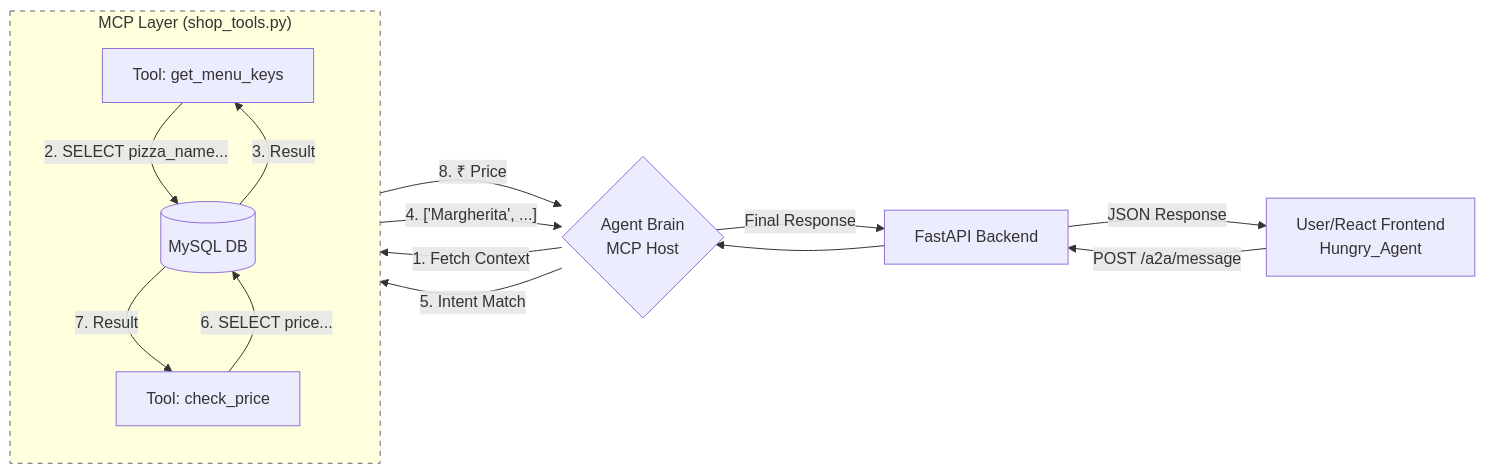
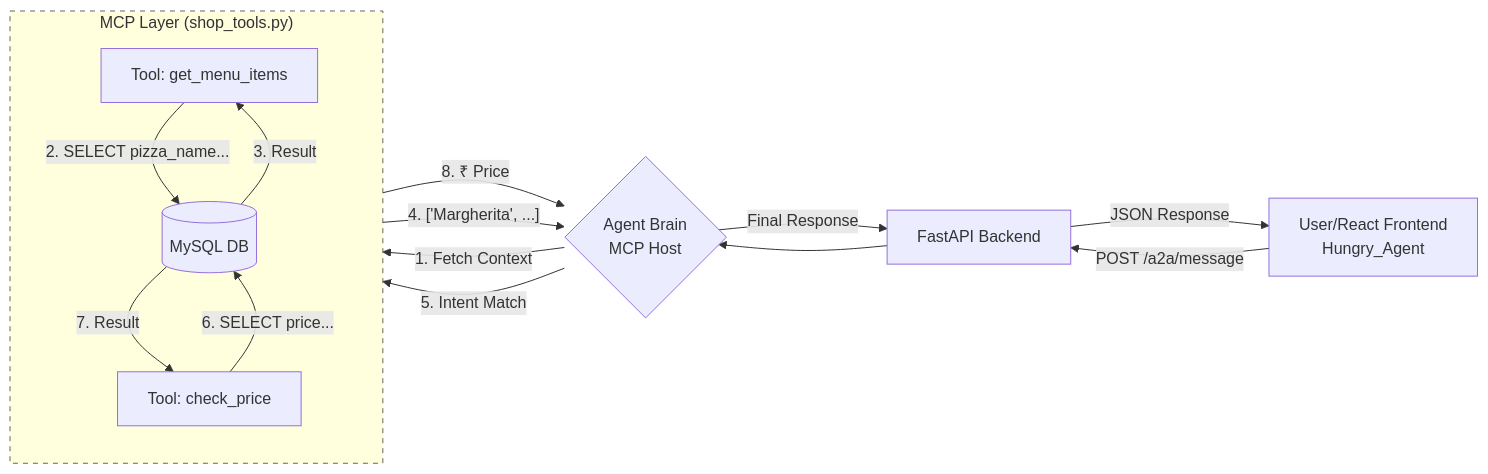
One commit to keya-05/Pizza_Man changed the diagram in README.md. Above: the diagram before and after it, drawn with Mermaid.

Commit message:
Added READ

````diff
--- a/README.md
+++ b/README.md
@@ -16,32 +16,32 @@
 ```mermaid
 graph LR
     A[User/React Frontend<br/>Hungry_Agent] -- "POST /a2a/message" --> B[FastAPI Backend]
     B --> C{Agent Brain<br/>MCP Host}
 
     %% Subgraph for MCP Tooling
     subgraph MCP ["MCP Layer (shop_tools.py)"]
         direction TB
-        T1[Tool: get_menu_keys]
+        T1[Tool: get_menu_items]
         T2[Tool: check_price]
         D[(MySQL DB)]
         
         T1 -- "2. SELECT pizza_name..." --> D
         T2 -- "6. SELECT price..." --> D
     end
 
     %% Agent calls the tools, not the DB directly
     C -- 1. Fetch Context --> T1
     C -- 5. Intent Match --> T2
 
     %% Data flows back
     D -- 3. Result --> T1
     D -- 7. Result --> T2
     T2 -- "8. ₹ Price" --> C
     T1 -- "4. ['Margherita', ...]" --> C
 
     C -- Final Response --> B
     B -- JSON Response --> A
 
     %% Style
     style MCP stroke-dasharray: 5 5, stroke:#666, rounded:true
 ```
````
